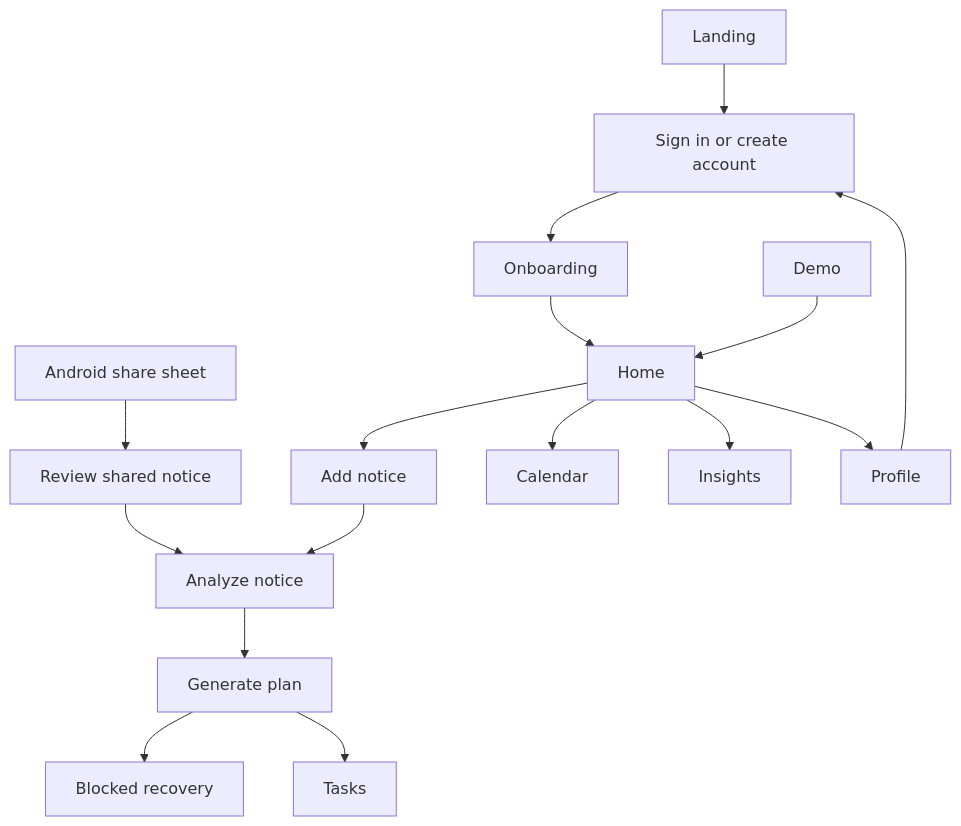
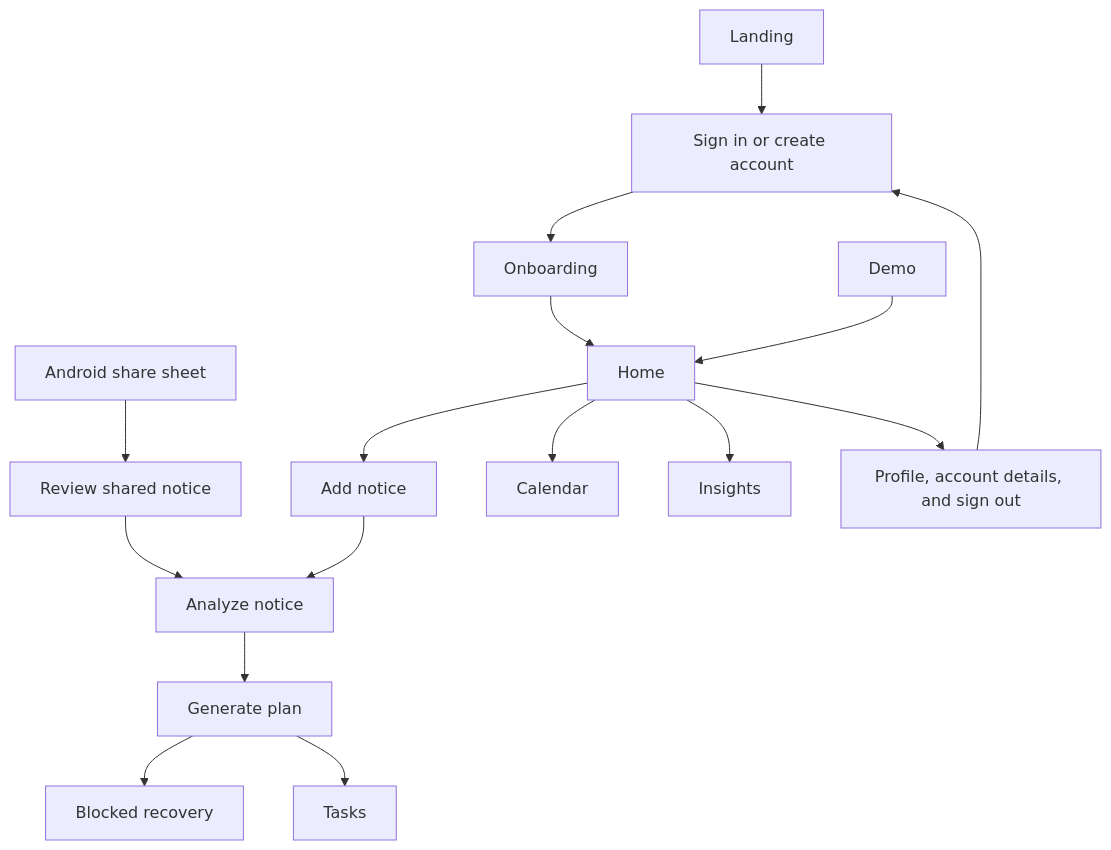
Before and after one commit to adi-de9/scoutlyai: the diagram in docs/04-screen-flow.md, drawn with Mermaid. The commit also changed other lines of this file and 12 other files, not shown here.

````diff
--- a/docs/04-screen-flow.md
+++ b/docs/04-screen-flow.md
@@ -23,18 +23,18 @@
 ```mermaid
 flowchart TD
   Landing[Landing] --> SignIn[Sign in or create account]
   SignIn --> Onboarding[Onboarding]
   Onboarding --> Home[Home]
   Demo --> Home
   Home --> Add[Add notice]
   AndroidShare[Android share sheet] --> Share[Review shared notice]
   Share --> Analysis
   Add --> Analysis[Analyze notice]
   Analysis --> Deadline[Generate plan]
   Deadline --> Blocked[Blocked recovery]
   Deadline --> Tasks[Tasks]
   Home --> Calendar[Calendar]
   Home --> Insights[Insights]
-  Home --> Profile[Profile]
+  Home --> Profile[Profile, account details, and sign out]
   Profile --> SignIn
 ```
````
